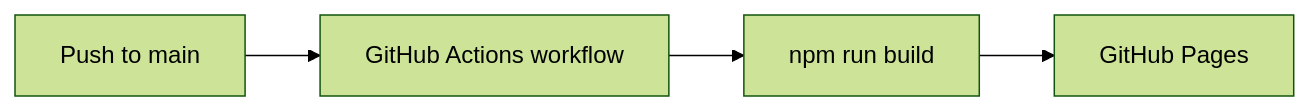
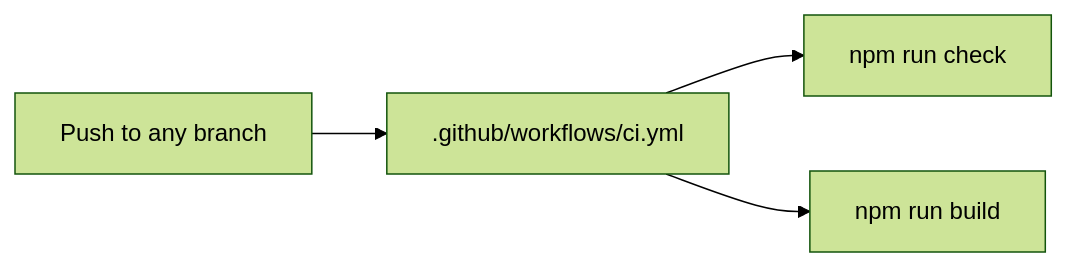
Before and after one commit to pethupraveen/procurement-tracker: the sixth of 6 diagrams in README.md, drawn with Mermaid (forest theme). The commit also changed other lines of this file and 8 other files, not shown here.

```diff
--- a/README.md
+++ b/README.md
@@ -194,6 +200,6 @@
 ~~~mermaid
 flowchart LR
-    Push[Push to main] --> Workflow[GitHub Actions workflow]
-    Workflow --> Build[npm run build]
-    Build --> Pages[GitHub Pages]
+    Push[Push to any branch] --> CI[.github/workflows/ci.yml]
+    CI --> Check[npm run check]
+    CI --> Build[npm run build]
 ~~~
```
